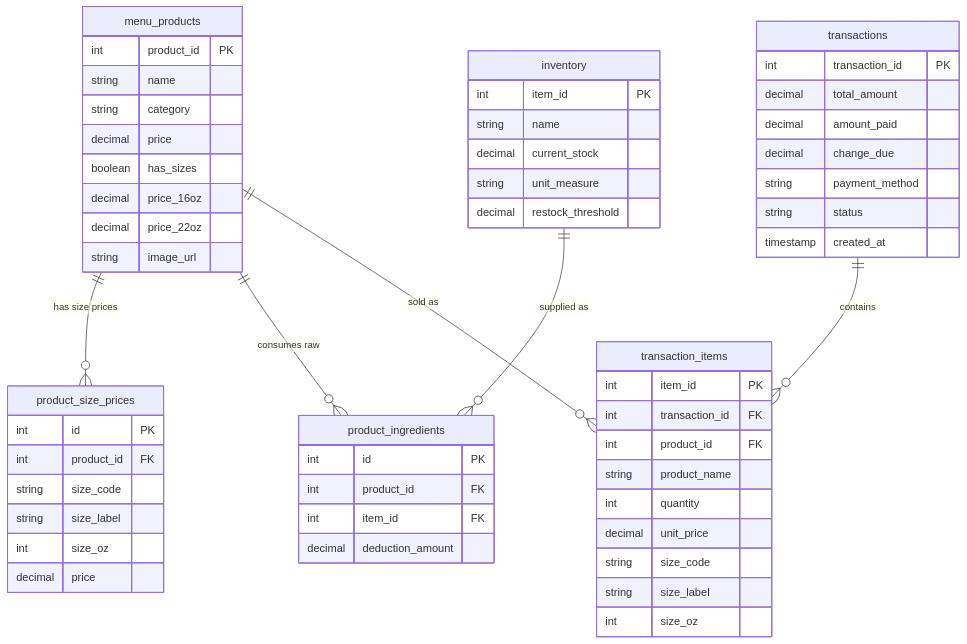
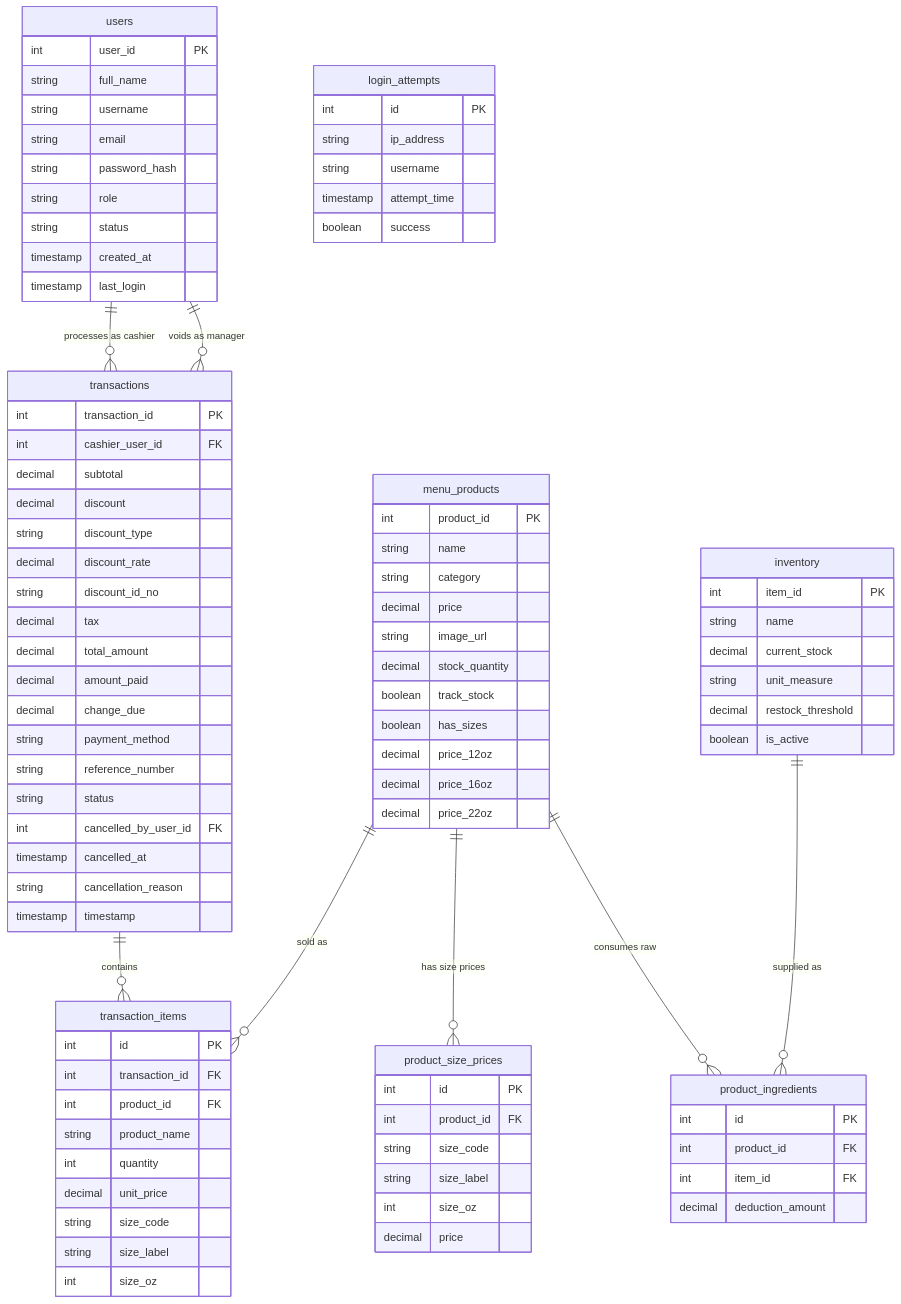
Before and after one commit to smsnalcrz/cafeflow: the diagram in README.md, drawn with Mermaid. The commit also changed other lines of this file, not shown here.

````diff
--- a/README.md
+++ b/README.md
@@ -128,20 +190,45 @@
 ```mermaid
 erDiagram
+    users ||--o{ transactions : "processes as cashier"
+    users ||--o{ transactions : "voids as manager"
     menu_products ||--o{ product_size_prices : "has size prices"
     menu_products ||--o{ product_ingredients : "consumes raw"
     inventory ||--o{ product_ingredients : "supplied as"
     transactions ||--o{ transaction_items : "contains"
     menu_products ||--o{ transaction_items : "sold as"
 
+    users {
+        int user_id PK
+        string full_name
+        string username
+        string email
+        string password_hash
+        string role
+        string status
+        timestamp created_at
+        timestamp last_login
+    }
+
+    login_attempts {
+        int id PK
+        string ip_address
+        string username
+        timestamp attempt_time
+        boolean success
+    }
+
     menu_products {
         int product_id PK
         string name
         string category
         decimal price
+        string image_url
+        decimal stock_quantity
+        boolean track_stock
         boolean has_sizes
+        decimal price_12oz
         decimal price_16oz
         decimal price_22oz
-        string image_url
     }
 
     product_size_prices {
@@ -159,6 +246,7 @@
         decimal current_stock
         string unit_measure
         decimal restock_threshold
+        boolean is_active
     }
 
     product_ingredients {
@@ -170,16 +258,27 @@
 
     transactions {
         int transaction_id PK
+        int cashier_user_id FK
+        decimal subtotal
+        decimal discount
+        string discount_type
+        decimal discount_rate
+        string discount_id_no
+        decimal tax
         decimal total_amount
         decimal amount_paid
         decimal change_due
         string payment_method
+        string reference_number
         string status
-        timestamp created_at
+        int cancelled_by_user_id FK
+        timestamp cancelled_at
+        string cancellation_reason
+        timestamp timestamp
     }
 
     transaction_items {
-        int item_id PK
+        int id PK
         int transaction_id FK
         int product_id FK
         string product_name
````
